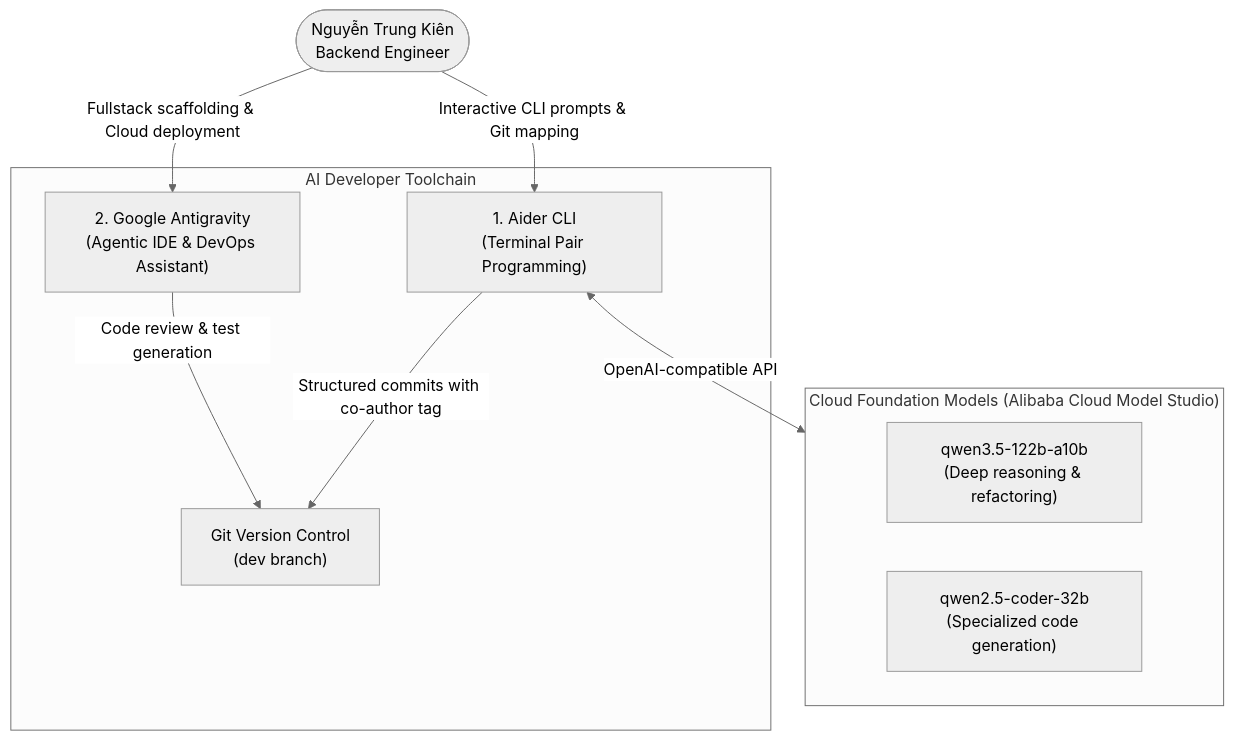
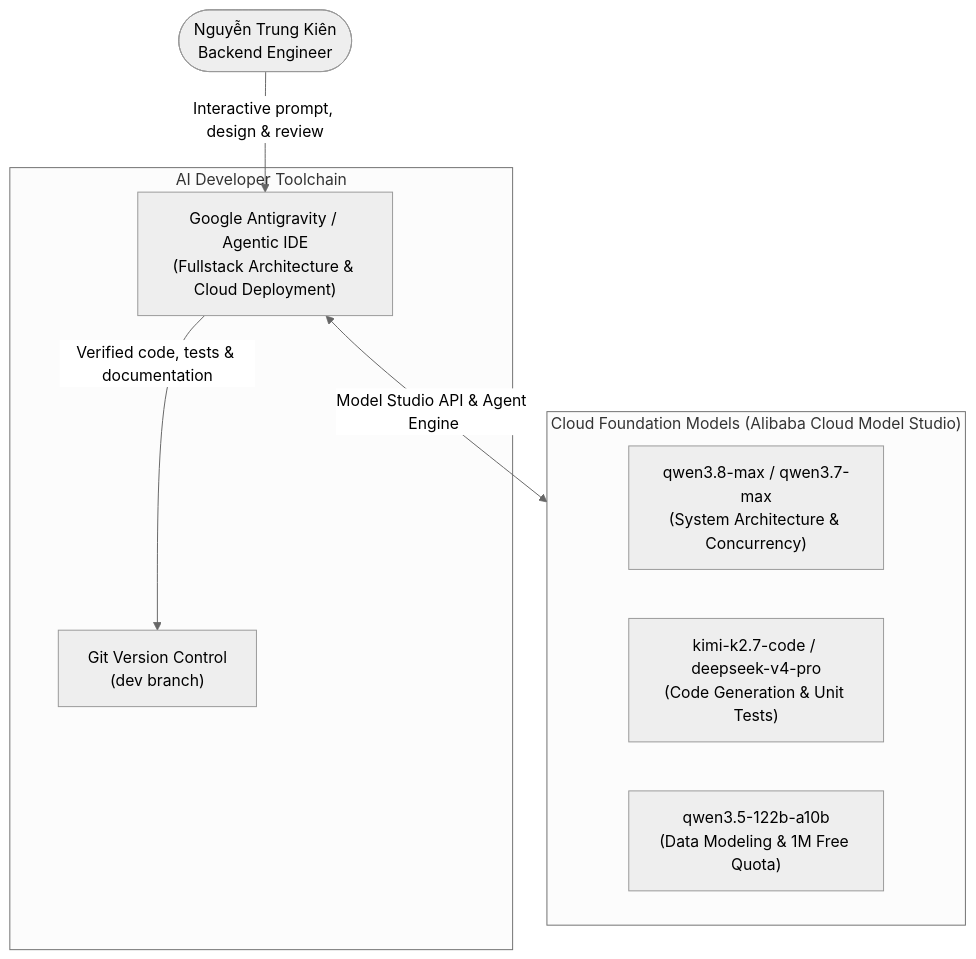
Before and after one commit to HoangCaoPhong/DineVina: the diagram in docs/weekly-reports/Week1/Kien_FunctionalGroups/AICoding_Kien.md, drawn with Mermaid (neutral theme). The commit also changed other lines of this file, not shown here.

Commit message:
docs(week1): remove Aider from AI coding tools report and focus on Model Studio & Antigravity

````diff
--- a/docs/weekly-reports/Week1/Kien_FunctionalGroups/AICoding_Kien.md
+++ b/docs/weekly-reports/Week1/Kien_FunctionalGroups/AICoding_Kien.md
@@ -42,21 +42,19 @@
 ```mermaid
 flowchart TD
     Kien([Nguyễn Trung Kiên\nBackend Engineer])
 
     subgraph Cloud_Models["Cloud Foundation Models (Alibaba Cloud Model Studio)"]
-        M1["qwen3.5-122b-a10b\n(Deep reasoning & refactoring)"]
-        M2["qwen2.5-coder-32b\n(Specialized code generation)"]
+        M1["qwen3.8-max / qwen3.7-max\n(System Architecture & Concurrency)"]
+        M2["kimi-k2.7-code / deepseek-v4-pro\n(Code Generation & Unit Tests)"]
+        M3["qwen3.5-122b-a10b\n(Data Modeling & 1M Free Quota)"]
     end
 
     subgraph Toolchain["AI Developer Toolchain"]
-        Aider["1. Aider CLI\n(Terminal Pair Programming)"]
-        AGY["2. Google Antigravity\n(Agentic IDE & DevOps Assistant)"]
+        AGY["Google Antigravity / Agentic IDE\n(Fullstack Architecture & Cloud Deployment)"]
         Git["Git Version Control\n(dev branch)"]
     end
 
-    Kien -->|"Interactive CLI prompts & Git mapping"| Aider
-    Kien -->|"Fullstack scaffolding & Cloud deployment"| AGY
-    Aider <-->|"OpenAI-compatible API"| Cloud_Models
-    Aider -->|"Structured commits with co-author tag"| Git
-    AGY -->|"Code review & test generation"| Git
+    Kien -->|"Interactive prompt, design & review"| AGY
+    AGY <-->|"Model Studio API & Agent Engine"| Cloud_Models
+    AGY -->|"Verified code, tests & documentation"| Git
 ```
````
